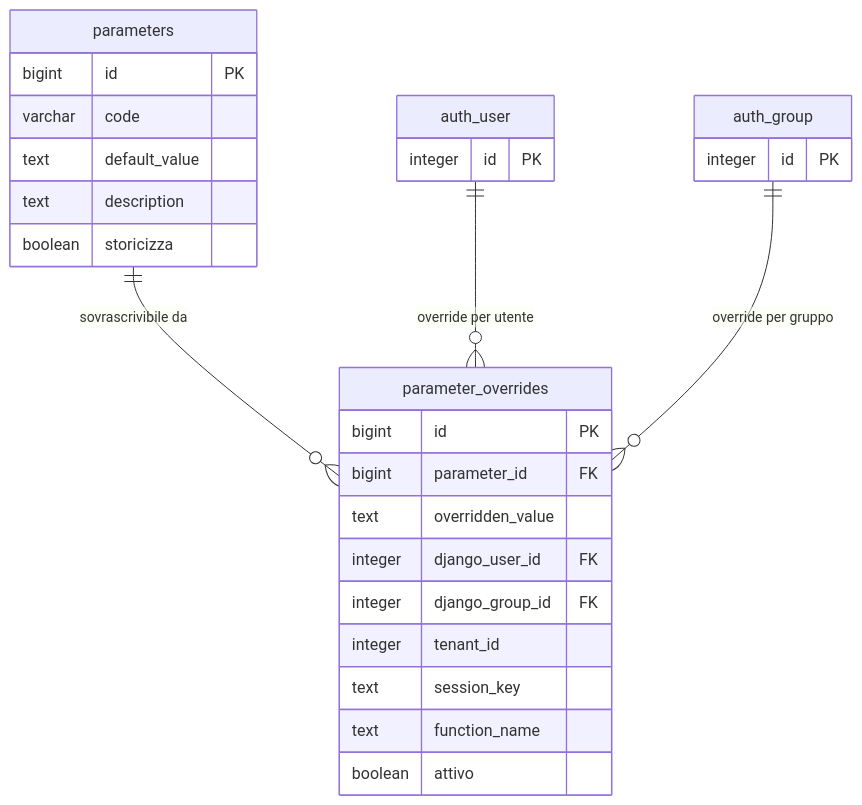
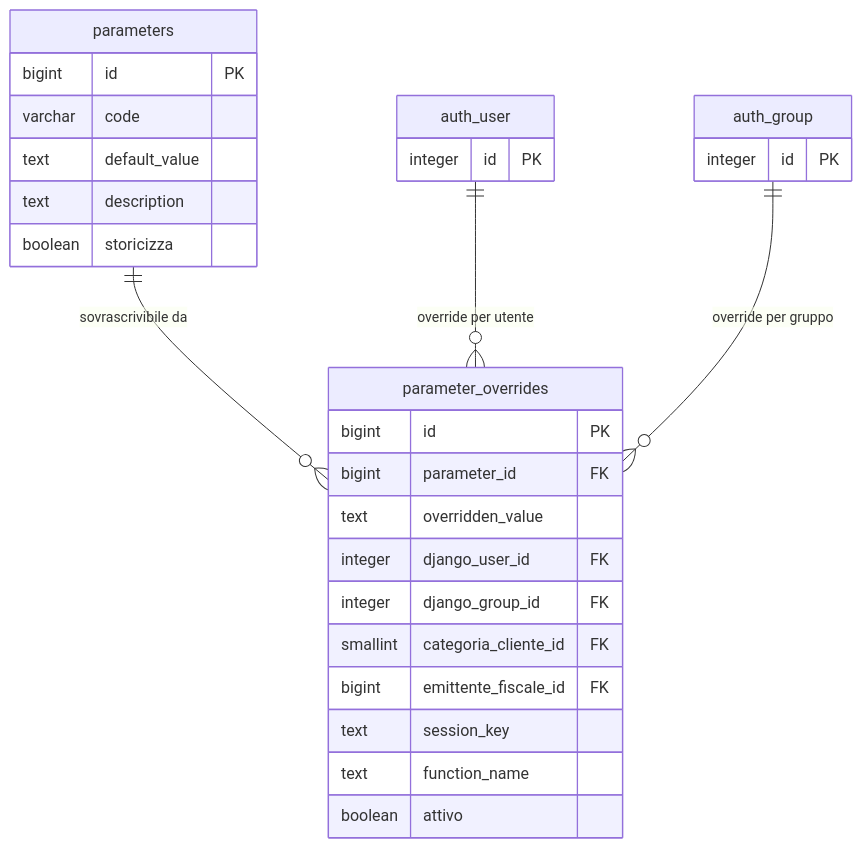
Before and after one commit to Tito-it/ZeroErp: the diagram in docs/it/guide/configurazione-e-gestione-parametri.md, drawn with Mermaid. The commit also changed other lines of this file and 72 other files, not shown here.

````diff
--- a/docs/it/guide/configurazione-e-gestione-parametri.md
+++ b/docs/it/guide/configurazione-e-gestione-parametri.md
@@ -337,34 +243,35 @@
 ```mermaid
 erDiagram
     parameters {
         bigint id PK
         varchar code
         text default_value
         text description
         boolean storicizza
     }
 
     parameter_overrides {
         bigint id PK
         bigint parameter_id FK
         text overridden_value
         integer django_user_id FK
         integer django_group_id FK
-        integer tenant_id
+        smallint categoria_cliente_id FK
+        bigint emittente_fiscale_id FK
         text session_key
         text function_name
         boolean attivo
     }
 
     auth_user {
         integer id PK
     }
 
     auth_group {
         integer id PK
     }
 
     parameters ||--o{ parameter_overrides : "sovrascrivibile da"
     auth_user ||--o{ parameter_overrides : "override per utente"
     auth_group ||--o{ parameter_overrides : "override per gruppo"
 ```
````
